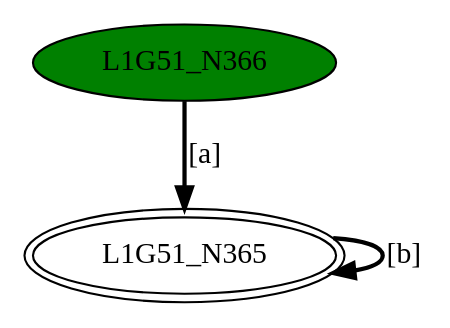
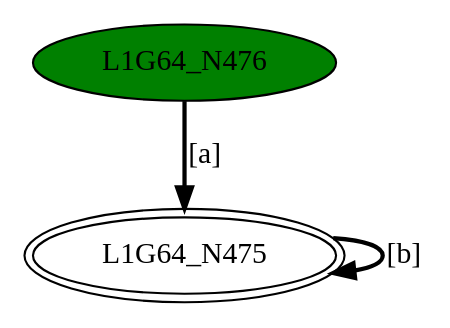
The diagram in DFASimulator/Testbench/minimizedDFA1.dot (GDimitroulakos/EDUFLEX), drawn with Graphviz before and after one commit. The commit also changed 51 other files, not shown here.

```diff
--- a/DFASimulator/Testbench/minimizedDFA1.dot
+++ b/DFASimulator/Testbench/minimizedDFA1.dot
@@ -1,6 +1,6 @@
-digraph G51{
-"L1G51_N365" [peripheries=2];
-"L1G51_N366" [style=filled,fillcolor=green];
-"L1G51_N365"->"L1G51_N365" [style = bold, label = "[b]"];
-"L1G51_N366"->"L1G51_N365" [style = bold, label = "[a]"];
+digraph G64{
+"L1G64_N475" [peripheries=2];
+"L1G64_N476" [style=filled,fillcolor=green];
+"L1G64_N475"->"L1G64_N475" [style = bold, label = "[b]"];
+"L1G64_N476"->"L1G64_N475" [style = bold, label = "[a]"];
 }
```
